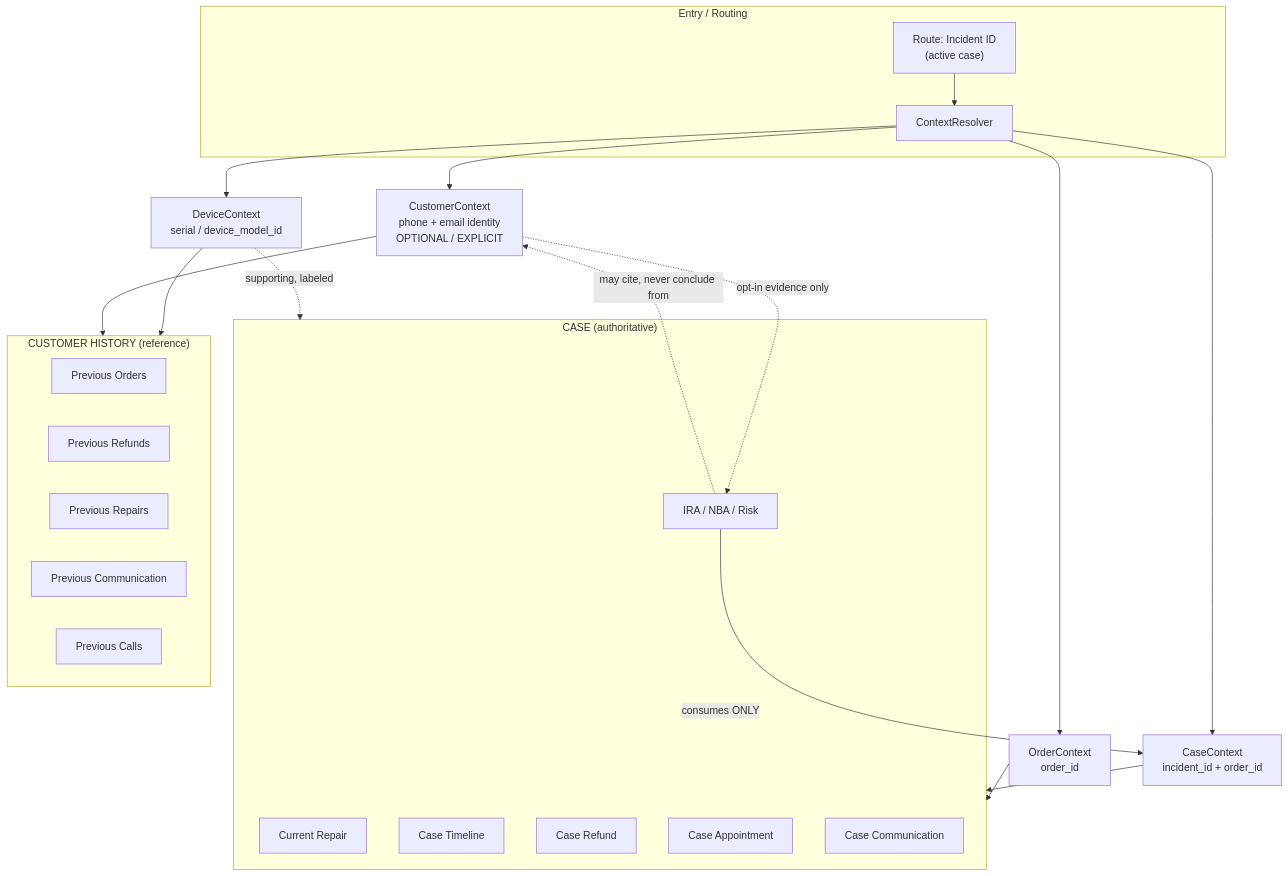
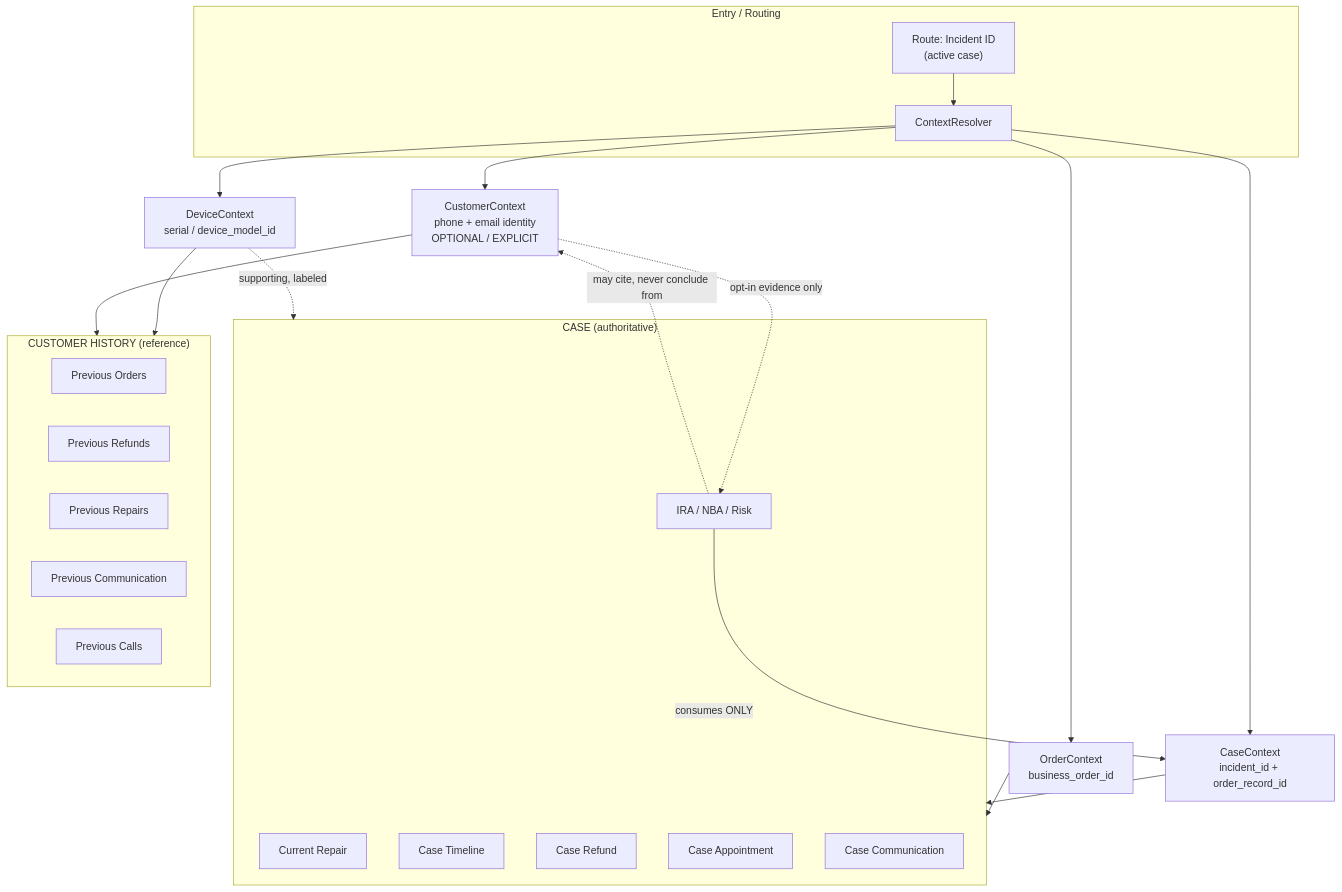
The first of 2 diagrams in docs/br-02-case-customer-context-separation.md (radium-foundation/radium-desk), drawn with Mermaid before and after one commit. The commit also changed other lines of this file and 23 other files, not shown here.

````diff
--- a/docs/br-02-case-customer-context-separation.md
+++ b/docs/br-02-case-customer-context-separation.md
@@ -30,41 +30,41 @@
 ```mermaid
 flowchart TB
   subgraph Entry["Entry / Routing"]
     Route["Route: Incident ID<br/>(active case)"]
     Resolver["ContextResolver"]
   end
 
   Route --> Resolver
 
-  Resolver --> CaseCtx["CaseContext<br/>incident_id + order_id"]
-  Resolver --> OrderCtx["OrderContext<br/>order_id"]
+  Resolver --> CaseCtx["CaseContext<br/>incident_id + order_record_id"]
+  Resolver --> OrderCtx["OrderContext<br/>business_order_id"]
   Resolver --> DeviceCtx["DeviceContext<br/>serial / device_model_id"]
   Resolver --> CustCtx["CustomerContext<br/>phone + email identity<br/>OPTIONAL / EXPLICIT"]
 
   subgraph CaseUI["CASE (authoritative)"]
     Repair["Current Repair"]
     Timeline["Case Timeline"]
     IRA["IRA / NBA / Risk"]
     Refund["Case Refund"]
     Appt["Case Appointment"]
     Comms["Case Communication"]
   end
 
   subgraph CustUI["CUSTOMER HISTORY (reference)"]
     PrevOrders["Previous Orders"]
     PrevRefunds["Previous Refunds"]
     PrevRepairs["Previous Repairs"]
     PrevComms["Previous Communication"]
     PrevCalls["Previous Calls"]
   end
 
   CaseCtx --> CaseUI
   OrderCtx --> CaseUI
   DeviceCtx -.->|"supporting, labeled"| CaseUI
   DeviceCtx --> CustUI
   CustCtx --> CustUI
   CustCtx -.->|"opt-in evidence only"| IRA
 
   IRA -->|"consumes ONLY"| CaseCtx
   IRA -.->|"may cite, never conclude from"| CustCtx
 ```
````
